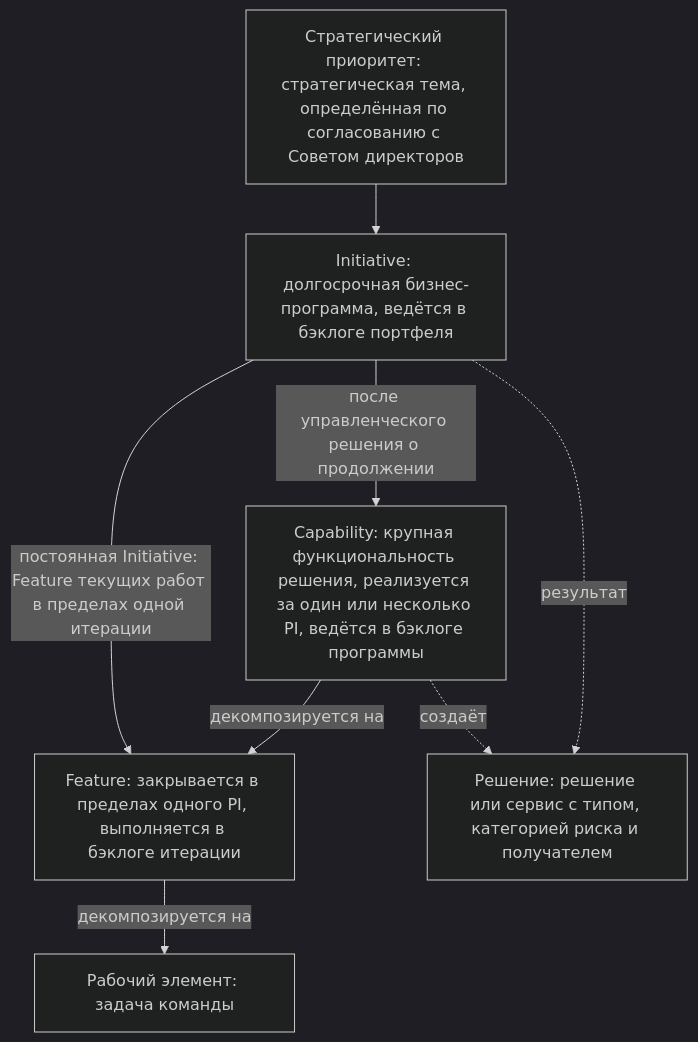
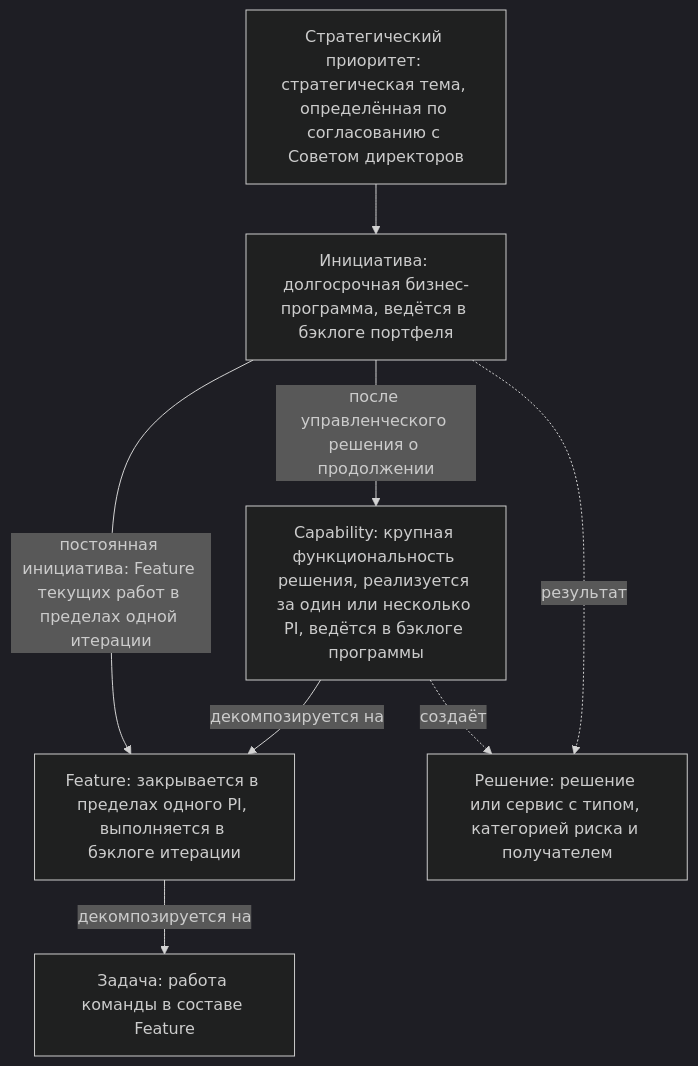
Before and after one commit to devhogu/ob-aicc: the first of 10 diagrams in charter/ru/workflows/service-delivery.md, drawn with Mermaid (dark theme). The commit also changed other lines of this file and 150 other files, not shown here.

````diff
--- a/charter/ru/workflows/service-delivery.md
+++ b/charter/ru/workflows/service-delivery.md
@@ -23,10 +23,10 @@
 ```mermaid
 flowchart TB
-  T["Стратегический приоритет: стратегическая тема, определённая по согласованию с Советом директоров"] --> I["Initiative: долгосрочная бизнес-программа, ведётся в бэклоге портфеля"]
+  T["Стратегический приоритет: стратегическая тема, определённая по согласованию с Советом директоров"] --> I["Инициатива: долгосрочная бизнес-программа, ведётся в бэклоге портфеля"]
   I -->|после управленческого решения о продолжении| E["Capability: крупная функциональность решения, реализуется за один или несколько PI, ведётся в бэклоге программы"]
   E -->|декомпозируется на| F["Feature: закрывается в пределах одного PI, выполняется в бэклоге итерации"]
-  I -->|постоянная Initiative: Feature текущих работ в пределах одной итерации| F
-  F -->|декомпозируется на| W["Рабочий элемент: задача команды"]
+  I -->|постоянная инициатива: Feature текущих работ в пределах одной итерации| F
+  F -->|декомпозируется на| W["Задача: работа команды в составе Feature"]
   I -.->|результат| S["Решение: решение или сервис с типом, категорией риска и получателем"]
   E -.->|создаёт| S
 ```
````
